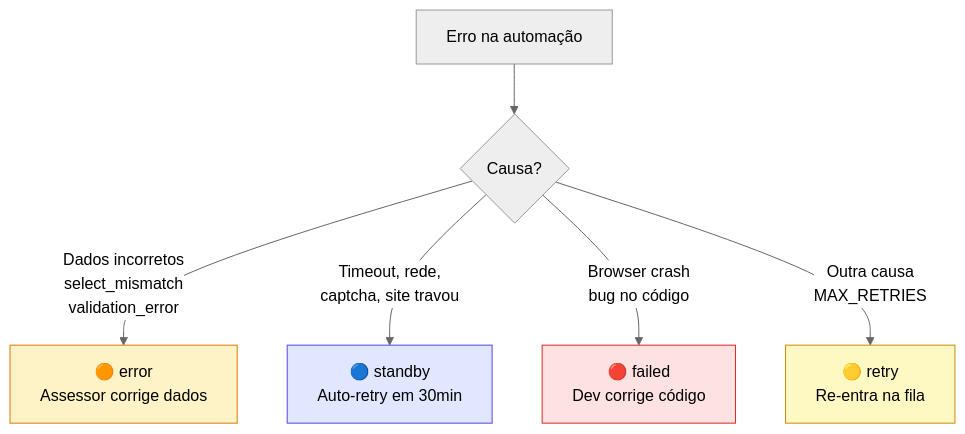
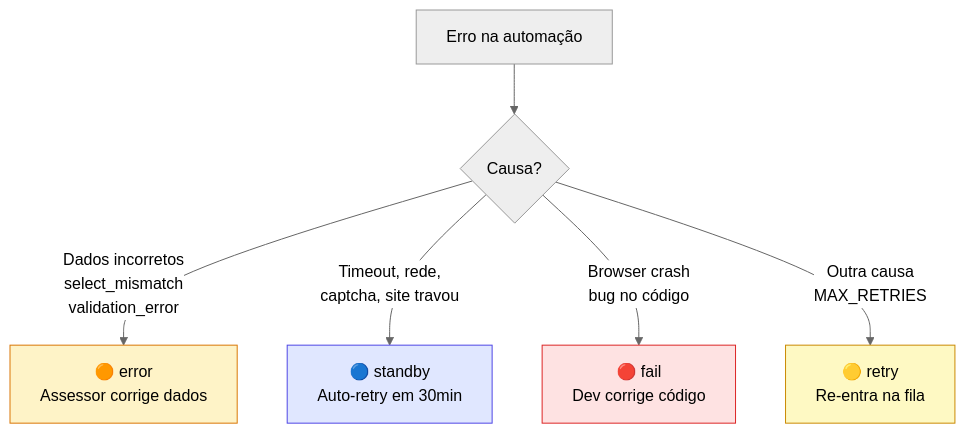
One commit to viniciussouzax/visa changed the diagram in memory/walkthrough.md. Above: the diagram before and after it, drawn with Mermaid (neutral theme). The commit also changed other lines of this file and 3 other files, not shown here.

````diff
--- a/memory/walkthrough.md
+++ b/memory/walkthrough.md
@@ -17,13 +17,13 @@
 ```mermaid
 graph TD
     A["Erro na automação"] --> B{Causa?}
     B -->|"Dados incorretos<br/>select_mismatch<br/>validation_error"| C["🟠 error<br/>Assessor corrige dados"]
     B -->|"Timeout, rede,<br/>captcha, site travou"| D["🔵 standby<br/>Auto-retry em 30min"]
-    B -->|"Browser crash<br/>bug no código"| E["🔴 failed<br/>Dev corrige código"]
+    B -->|"Browser crash<br/>bug no código"| E["🔴 fail<br/>Dev corrige código"]
     B -->|"Outra causa<br/>MAX_RETRIES"| F["🟡 retry<br/>Re-entra na fila"]
 
     style C fill:#fef3c7,stroke:#d97706
     style D fill:#e0e7ff,stroke:#4f46e5
     style E fill:#fee2e2,stroke:#dc2626
     style F fill:#fef9c3,stroke:#ca8a04
 ```
````
